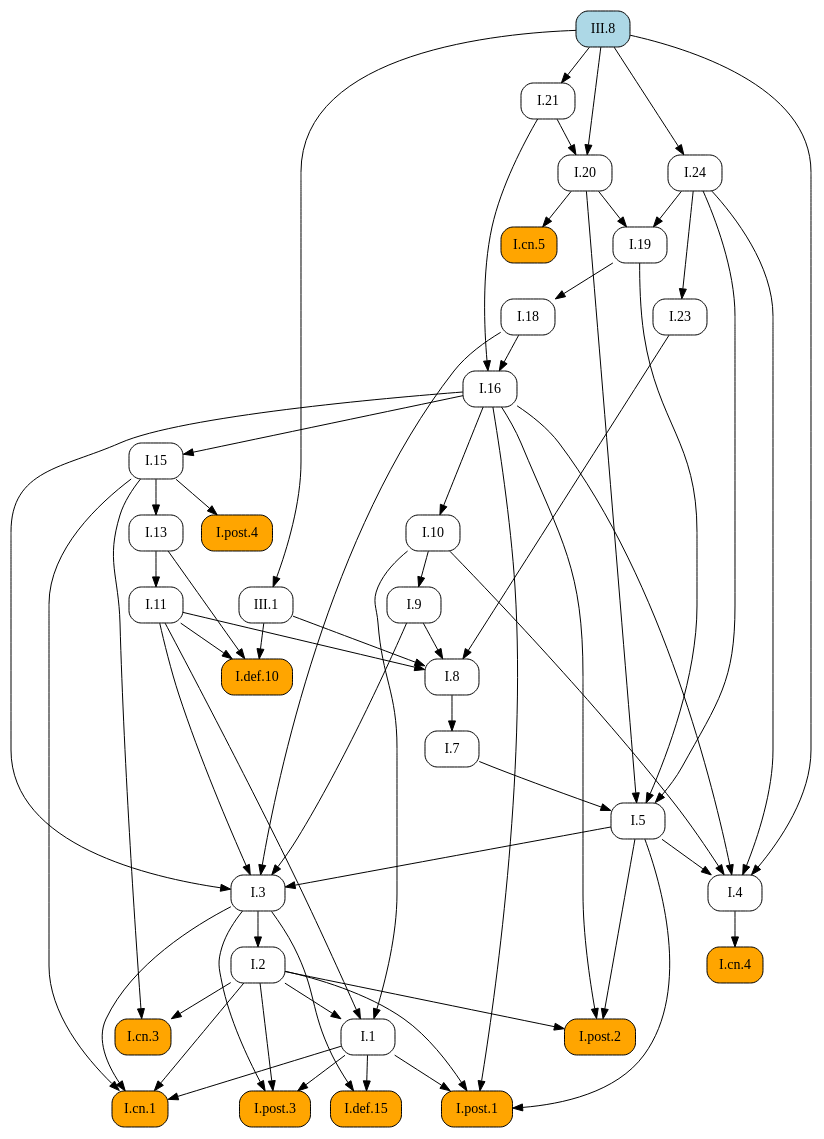
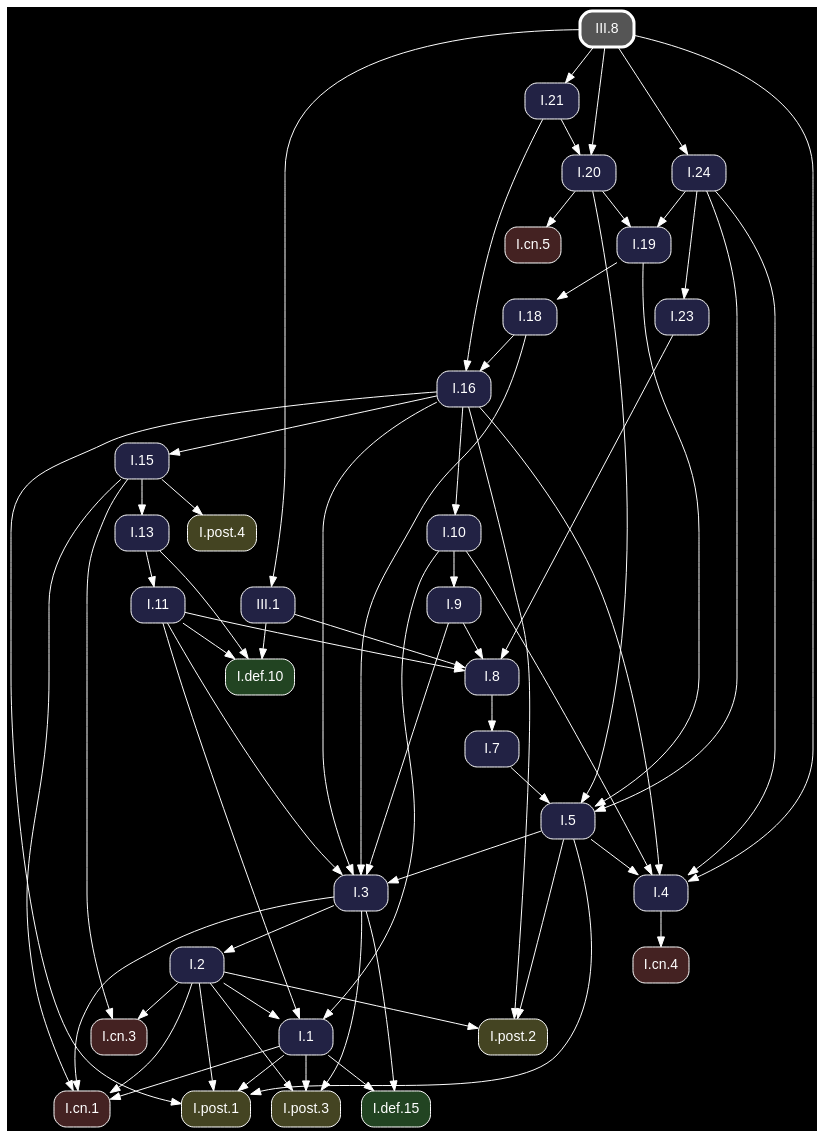
One commit to geometor/elements changed the diagram in docsrc/heath/III/8/index.rst. Above: the diagram before and after it, drawn with Graphviz. The commit also changed other lines of this file and 1200 other files, not shown here.

Commit message:
update dependency graphs

```diff
--- a/docsrc/heath/III/8/index.rst
+++ b/docsrc/heath/III/8/index.rst
@@ -138,100 +138,102 @@
 .. graphviz::
 
    digraph {
+     bgcolor="black";
+     node [shape=box, style="rounded,filled", fontname="Helvetica", color="white", fontcolor="white"];
+     edge [color="white", fontcolor="white"];
      rankdir="TB";
-     node [shape=box, style=rounded];
-     "I.23" [URL="/heath/I/23/", target="_top"];
-     "I.9" [URL="/heath/I/9/", target="_top"];
-     "I.21" [URL="/heath/I/21/", target="_top"];
-     "I.cn.1" [style="rounded,filled", fillcolor=orange, URL="/heath/I/cn.1/", target="_top"];
-     "I.7" [URL="/heath/I/7/", target="_top"];
-     "I.2" [URL="/heath/I/2/", target="_top"];
-     "I.def.15" [style="rounded,filled", fillcolor=orange, URL="/heath/I/def.15/", target="_top"];
-     "I.13" [URL="/heath/I/13/", target="_top"];
-     "I.post.4" [style="rounded,filled", fillcolor=orange, URL="/heath/I/post.4/", target="_top"];
-     "I.4" [URL="/heath/I/4/", target="_top"];
-     "I.1" [URL="/heath/I/1/", target="_top"];
-     "I.post.3" [style="rounded,filled", fillcolor=orange, URL="/heath/I/post.3/", target="_top"];
-     "III.1" [URL="/heath/III/1/", target="_top"];
-     "I.post.1" [style="rounded,filled", fillcolor=orange, URL="/heath/I/post.1/", target="_top"];
-     "I.19" [URL="/heath/I/19/", target="_top"];
-     "I.5" [URL="/heath/I/5/", target="_top"];
-     "I.8" [URL="/heath/I/8/", target="_top"];
-     "I.cn.3" [style="rounded,filled", fillcolor=orange, URL="/heath/I/cn.3/", target="_top"];
-     "I.16" [URL="/heath/I/16/", target="_top"];
-     "I.20" [URL="/heath/I/20/", target="_top"];
-     "III.8" [style="rounded,filled", fillcolor=lightblue, URL="/heath/III/8/", target="_top"];
-     "I.def.10" [style="rounded,filled", fillcolor=orange, URL="/heath/I/def.10/", target="_top"];
-     "I.18" [URL="/heath/I/18/", target="_top"];
-     "I.15" [URL="/heath/I/15/", target="_top"];
-     "I.10" [URL="/heath/I/10/", target="_top"];
-     "I.11" [URL="/heath/I/11/", target="_top"];
-     "I.cn.4" [style="rounded,filled", fillcolor=orange, URL="/heath/I/cn.4/", target="_top"];
-     "I.post.2" [style="rounded,filled", fillcolor=orange, URL="/heath/I/post.2/", target="_top"];
-     "I.24" [URL="/heath/I/24/", target="_top"];
-     "I.cn.5" [style="rounded,filled", fillcolor=orange, URL="/heath/I/cn.5/", target="_top"];
-     "I.3" [URL="/heath/I/3/", target="_top"];
-     "I.24" -> "I.23";
-     "I.10" -> "I.9";
-     "III.8" -> "I.21";
+     "I.3" [fillcolor="#222244", URL="/heath/I/3/", target="_top"];
+     "I.post.1" [fillcolor="#444422", URL="/heath/I/post.1/", target="_top"];
+     "I.cn.1" [fillcolor="#442222", URL="/heath/I/cn.1/", target="_top"];
+     "I.19" [fillcolor="#222244", URL="/heath/I/19/", target="_top"];
+     "I.def.10" [fillcolor="#224422", URL="/heath/I/def.10/", target="_top"];
+     "I.15" [fillcolor="#222244", URL="/heath/I/15/", target="_top"];
+     "I.11" [fillcolor="#222244", URL="/heath/I/11/", target="_top"];
+     "I.16" [fillcolor="#222244", URL="/heath/I/16/", target="_top"];
+     "I.cn.5" [fillcolor="#442222", URL="/heath/I/cn.5/", target="_top"];
+     "I.13" [fillcolor="#222244", URL="/heath/I/13/", target="_top"];
+     "I.cn.3" [fillcolor="#442222", URL="/heath/I/cn.3/", target="_top"];
+     "I.2" [fillcolor="#222244", URL="/heath/I/2/", target="_top"];
+     "I.24" [fillcolor="#222244", URL="/heath/I/24/", target="_top"];
+     "I.post.2" [fillcolor="#444422", URL="/heath/I/post.2/", target="_top"];
+     "III.1" [fillcolor="#222244", URL="/heath/III/1/", target="_top"];
+     "III.8" [penwidth=3, color="white", fillcolor="#555555", URL="/heath/III/8/", target="_top"];
+     "I.cn.4" [fillcolor="#442222", URL="/heath/I/cn.4/", target="_top"];
+     "I.9" [fillcolor="#222244", URL="/heath/I/9/", target="_top"];
+     "I.1" [fillcolor="#222244", URL="/heath/I/1/", target="_top"];
+     "I.post.4" [fillcolor="#444422", URL="/heath/I/post.4/", target="_top"];
+     "I.23" [fillcolor="#222244", URL="/heath/I/23/", target="_top"];
+     "I.21" [fillcolor="#222244", URL="/heath/I/21/", target="_top"];
+     "I.8" [fillcolor="#222244", URL="/heath/I/8/", target="_top"];
+     "I.4" [fillcolor="#222244", URL="/heath/I/4/", target="_top"];
+     "I.post.3" [fillcolor="#444422", URL="/heath/I/post.3/", target="_top"];
+     "I.18" [fillcolor="#222244", URL="/heath/I/18/", target="_top"];
+     "I.7" [fillcolor="#222244", URL="/heath/I/7/", target="_top"];
+     "I.def.15" [fillcolor="#224422", URL="/heath/I/def.15/", target="_top"];
+     "I.5" [fillcolor="#222244", URL="/heath/I/5/", target="_top"];
+     "I.20" [fillcolor="#222244", URL="/heath/I/20/", target="_top"];
+     "I.10" [fillcolor="#222244", URL="/heath/I/10/", target="_top"];
+     "I.5" -> "I.3";
+     "I.9" -> "I.3";
+     "I.11" -> "I.3";
+     "I.16" -> "I.3";
+     "I.18" -> "I.3";
+     "I.1" -> "I.post.1";
+     "I.2" -> "I.post.1";
+     "I.5" -> "I.post.1";
+     "I.16" -> "I.post.1";
      "I.1" -> "I.cn.1";
      "I.2" -> "I.cn.1";
      "I.3" -> "I.cn.1";
      "I.15" -> "I.cn.1";
-     "I.8" -> "I.7";
+     "I.20" -> "I.19";
+     "I.24" -> "I.19";
+     "I.11" -> "I.def.10";
+     "I.13" -> "I.def.10";
+     "III.1" -> "I.def.10";
+     "I.16" -> "I.15";
+     "I.13" -> "I.11";
+     "I.18" -> "I.16";
+     "I.21" -> "I.16";
+     "I.20" -> "I.cn.5";
+     "I.15" -> "I.13";
+     "I.2" -> "I.cn.3";
+     "I.15" -> "I.cn.3";
      "I.3" -> "I.2";
-     "I.1" -> "I.def.15";
-     "I.3" -> "I.def.15";
-     "I.15" -> "I.13";
+     "III.8" -> "I.24";
+     "I.2" -> "I.post.2";
+     "I.5" -> "I.post.2";
+     "I.16" -> "I.post.2";
+     "III.8" -> "III.1";
+     "I.4" -> "I.cn.4";
+     "I.10" -> "I.9";
+     "I.2" -> "I.1";
+     "I.10" -> "I.1";
+     "I.11" -> "I.1";
      "I.15" -> "I.post.4";
+     "I.24" -> "I.23";
+     "III.8" -> "I.21";
+     "I.9" -> "I.8";
+     "I.11" -> "I.8";
+     "I.23" -> "I.8";
+     "III.1" -> "I.8";
      "I.5" -> "I.4";
      "I.10" -> "I.4";
      "I.16" -> "I.4";
      "I.24" -> "I.4";
      "III.8" -> "I.4";
-     "I.2" -> "I.1";
-     "I.10" -> "I.1";
-     "I.11" -> "I.1";
      "I.1" -> "I.post.3";
      "I.2" -> "I.post.3";
      "I.3" -> "I.post.3";
-     "III.8" -> "III.1";
-     "I.1" -> "I.post.1";
-     "I.2" -> "I.post.1";
-     "I.5" -> "I.post.1";
-     "I.16" -> "I.post.1";
-     "I.20" -> "I.19";
-     "I.24" -> "I.19";
+     "I.19" -> "I.18";
+     "I.8" -> "I.7";
+     "I.1" -> "I.def.15";
+     "I.3" -> "I.def.15";
      "I.7" -> "I.5";
      "I.19" -> "I.5";
      "I.20" -> "I.5";
      "I.24" -> "I.5";
-     "I.9" -> "I.8";
-     "I.11" -> "I.8";
-     "I.23" -> "I.8";
-     "III.1" -> "I.8";
-     "I.2" -> "I.cn.3";
-     "I.15" -> "I.cn.3";
-     "I.18" -> "I.16";
-     "I.21" -> "I.16";
      "I.21" -> "I.20";
      "III.8" -> "I.20";
-     "I.11" -> "I.def.10";
-     "I.13" -> "I.def.10";
-     "III.1" -> "I.def.10";
-     "I.19" -> "I.18";
-     "I.16" -> "I.15";
      "I.16" -> "I.10";
-     "I.13" -> "I.11";
-     "I.4" -> "I.cn.4";
-     "I.2" -> "I.post.2";
-     "I.5" -> "I.post.2";
-     "I.16" -> "I.post.2";
-     "III.8" -> "I.24";
-     "I.20" -> "I.cn.5";
-     "I.5" -> "I.3";
-     "I.9" -> "I.3";
-     "I.11" -> "I.3";
-     "I.16" -> "I.3";
-     "I.18" -> "I.3";
    }
```
